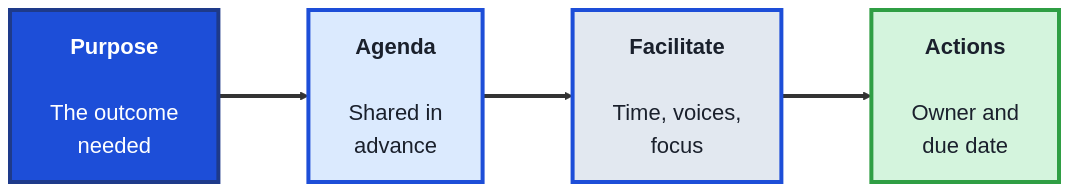
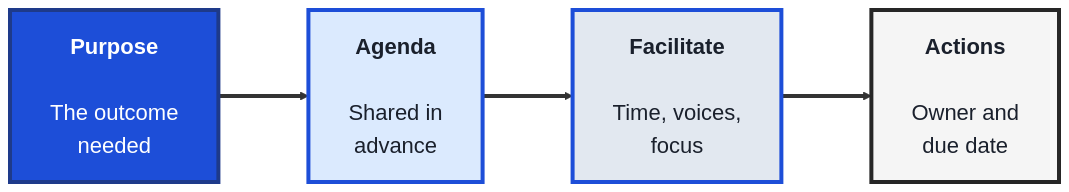
One commit to SHEMODELTECH/shemodeltech changed the first of 3 diagrams in src/Pages/courses/TechLeads/module-6-communication-and-delivery.md. Above: the diagram before and after it, drawn with Mermaid. The commit also changed other lines of this file and 46 other files, not shown here.

````diff
--- a/src/Pages/courses/TechLeads/module-6-communication-and-delivery.md
+++ b/src/Pages/courses/TechLeads/module-6-communication-and-delivery.md
@@ -22,16 +22,16 @@
 ```mermaid
 %%{init: {'theme':'base', 'themeVariables': {'fontSize':'22px', 'primaryTextColor':'#1a202c', 'primaryBorderColor':'#1d4ed8', 'lineColor':'#333333'}, 'flowchart': {'nodeSpacing': 70, 'rankSpacing': 90, 'padding': 20}}}%%
 flowchart LR
     PURP["<b>Purpose</b><br/><br/>The outcome<br/>needed"]
     AGENDA["<b>Agenda</b><br/><br/>Shared in<br/>advance"]
     FAC["<b>Facilitate</b><br/><br/>Time, voices,<br/>focus"]
     ACT["<b>Actions</b><br/><br/>Owner and<br/>due date"]
 
     PURP ==> AGENDA ==> FAC ==> ACT
 
     style PURP fill:#1d4ed8,color:#fff,stroke:#1e3a8a,stroke-width:4px
     style AGENDA fill:#dbeafe,color:#1a202c,stroke:#1d4ed8,stroke-width:4px
     style FAC fill:#e2e8f0,color:#1a202c,stroke:#1d4ed8,stroke-width:4px
-    style ACT fill:#d4f4dd,color:#1a202c,stroke:#2f9e44,stroke-width:4px
+    style ACT fill:#F5F5F5,color:#1a202c,stroke:#262626,stroke-width:4px
     linkStyle default stroke-width:4px,stroke:#333333
 ```
````
